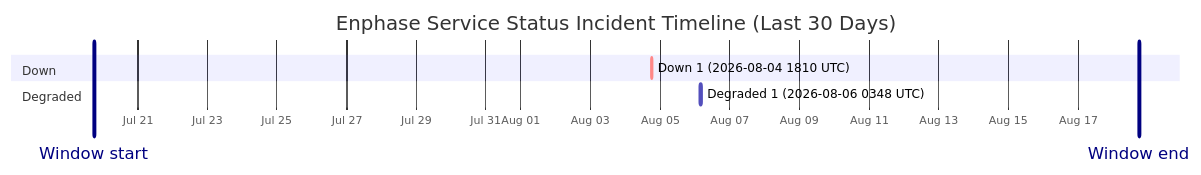
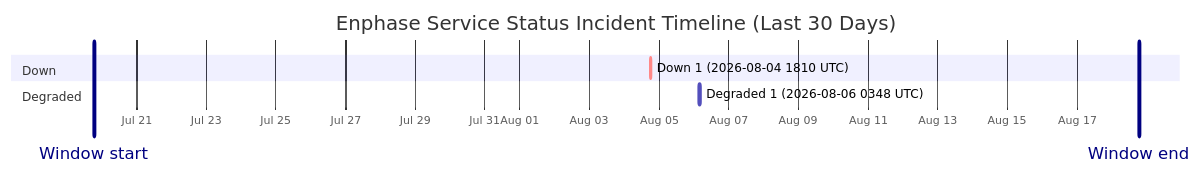
The diagram in wiki/Service-Status-History.md (barneyonline/ha-enphase-energy), drawn with Mermaid before and after one commit. The commit also changed other lines of this file and 3 other files, not shown here.

````diff
--- a/wiki/Service-Status-History.md
+++ b/wiki/Service-Status-History.md
@@ -14,12 +14,12 @@
 ```mermaid
 gantt
     title Enphase Service Status Incident Timeline (Last 30 Days)
     dateFormat  YYYY-MM-DDTHH:mm:ss
     axisFormat  %b %d
-    Window start :vert, window-start, 2026-07-19T17:53:56, 0ms
-    Window end :vert, window-end, 2026-08-18T17:53:56, 0ms
+    Window start :vert, window-start, 2026-07-19T18:35:10, 0ms
+    Window end :vert, window-end, 2026-08-18T18:35:10, 0ms
     section Down
     Down 1 (2026-08-04 1810 UTC) :crit, down-1, 2026-08-04T18:10:46, 60m
     section Degraded
     Degraded 1 (2026-08-06 0348 UTC) :active, degraded-1, 2026-08-06T03:48:14, 60m
 ```
````
